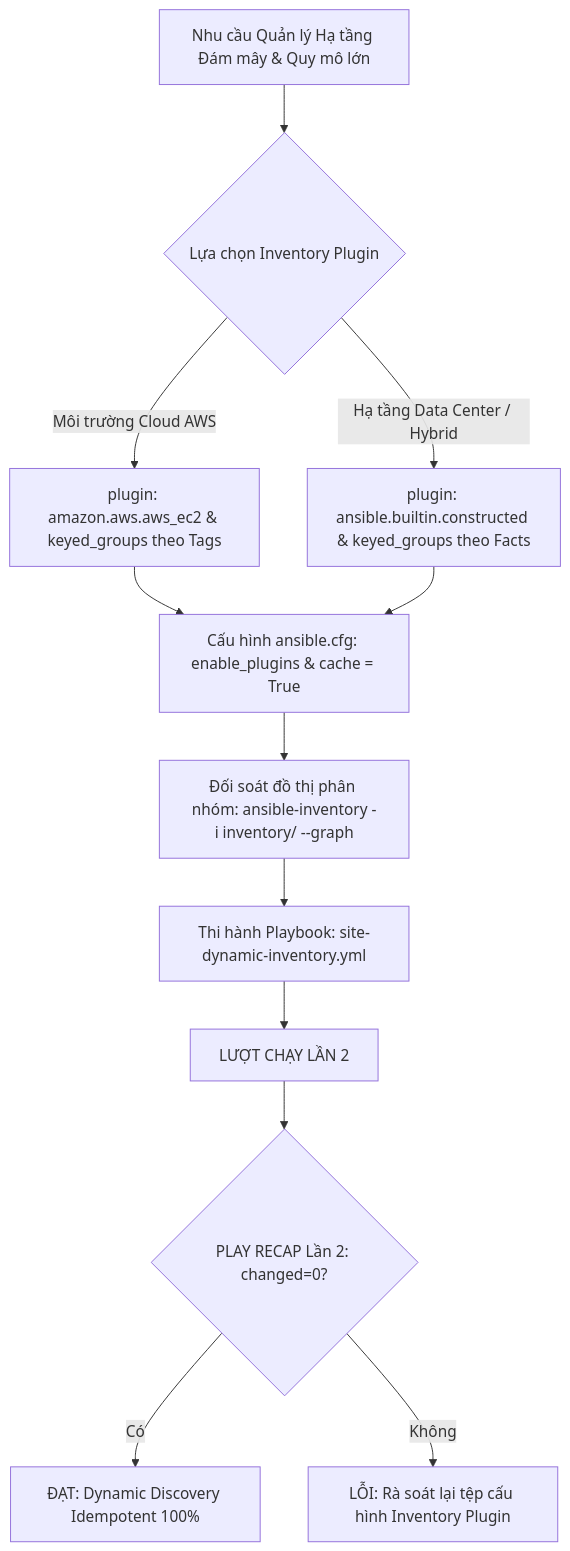
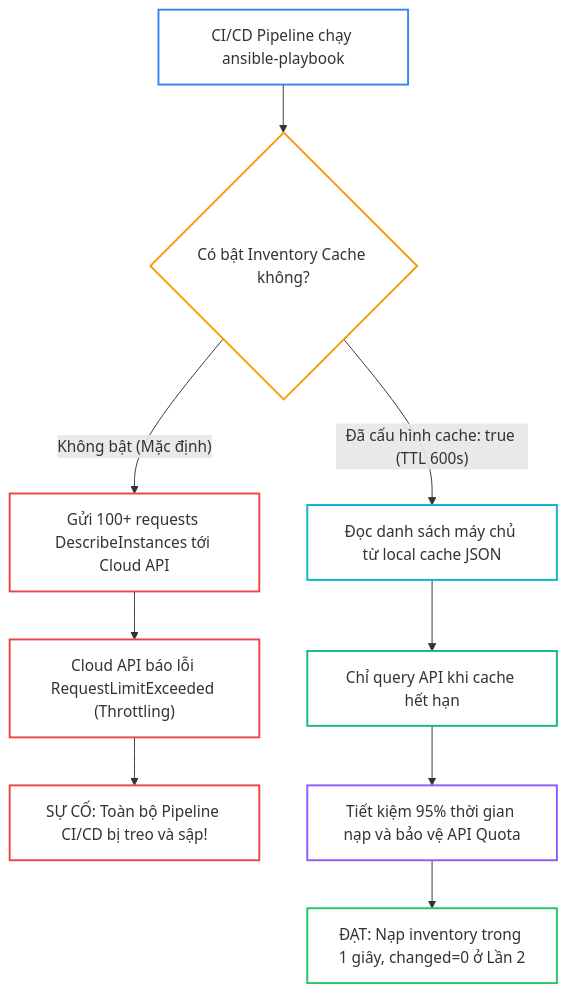
The second of 3 diagrams in _posts/2026-09-13-ansible-24-24-dynamic-inventory.md (kiennt308/ntk), drawn with Mermaid before and after one commit. The commit also changed other lines of this file and 30 other files, not shown here.

````diff
--- a/_posts/2026-09-13-ansible-24-24-dynamic-inventory.md
+++ b/_posts/2026-09-13-ansible-24-24-dynamic-inventory.md
@@ -316,19 +200,22 @@
 ```mermaid
 flowchart TD
-    A["Nhu cầu Quản lý Hạ tầng Đám mây & Quy mô lớn"] --> B{"Lựa chọn Inventory Plugin"}
+    A["CI/CD Pipeline chạy ansible-playbook"] --> B{"Có bật Inventory Cache không?"}
+    B -->|"Không bật (Mặc định)"| C["Gửi 100+ requests DescribeInstances tới Cloud API"]
+    C --> D["Cloud API báo lỗi RequestLimitExceeded (Throttling)"]
+    D --> E["SỰ CỐ: Toàn bộ Pipeline CI/CD bị treo và sập!"]
     
-    B -->|"Môi trường Cloud AWS"| C["plugin: amazon.aws.aws_ec2 & keyed_groups theo Tags"]
-    B -->|"Hạ tầng Data Center / Hybrid"| D["plugin: ansible.builtin.constructed & keyed_groups theo Facts"]
-    
-    C --> E["Cấu hình ansible.cfg: enable_plugins & cache = True"]
-    D --> E
-    
-    E --> F["Đối soát đồ thị phân nhóm: ansible-inventory -i inventory/ --graph"]
-    F --> G["Thi hành Playbook: site-dynamic-inventory.yml"]
-    
-    G --> H["LƯỢT CHẠY LẦN 2"]
-    H --> I{"PLAY RECAP Lần 2: changed=0?"}
-    
-    I -- Có --> J["ĐẠT: Dynamic Discovery Idempotent 100%"]
-    I -- Không --> K["LỖI: Rà soát lại tệp cấu hình Inventory Plugin"]
+    B -->|"Đã cấu hình cache: true (TTL 600s)"| F["Đọc danh sách máy chủ từ local cache JSON"]
+    F --> G["Chỉ query API khi cache hết hạn"]
+    G --> H["Tiết kiệm 95% thời gian nạp và bảo vệ API Quota"]
+    H --> I["ĐẠT: Nạp inventory trong 1 giây, changed=0 ở Lần 2"]
+
+    style A fill:none,stroke:#3b82f6,stroke-width:2px
+    style B fill:none,stroke:#f59e0b,stroke-width:2px
+    style C fill:none,stroke:#ef4444,stroke-width:2px
+    style D fill:none,stroke:#ef4444,stroke-width:2px
+    style E fill:none,stroke:#ef4444,stroke-width:2px
+    style F fill:none,stroke:#06b6d4,stroke-width:2px
+    style G fill:none,stroke:#10b981,stroke-width:2px
+    style H fill:none,stroke:#8b5cf6,stroke-width:2px
+    style I fill:none,stroke:#22c55e,stroke-width:2px
 ```
````
